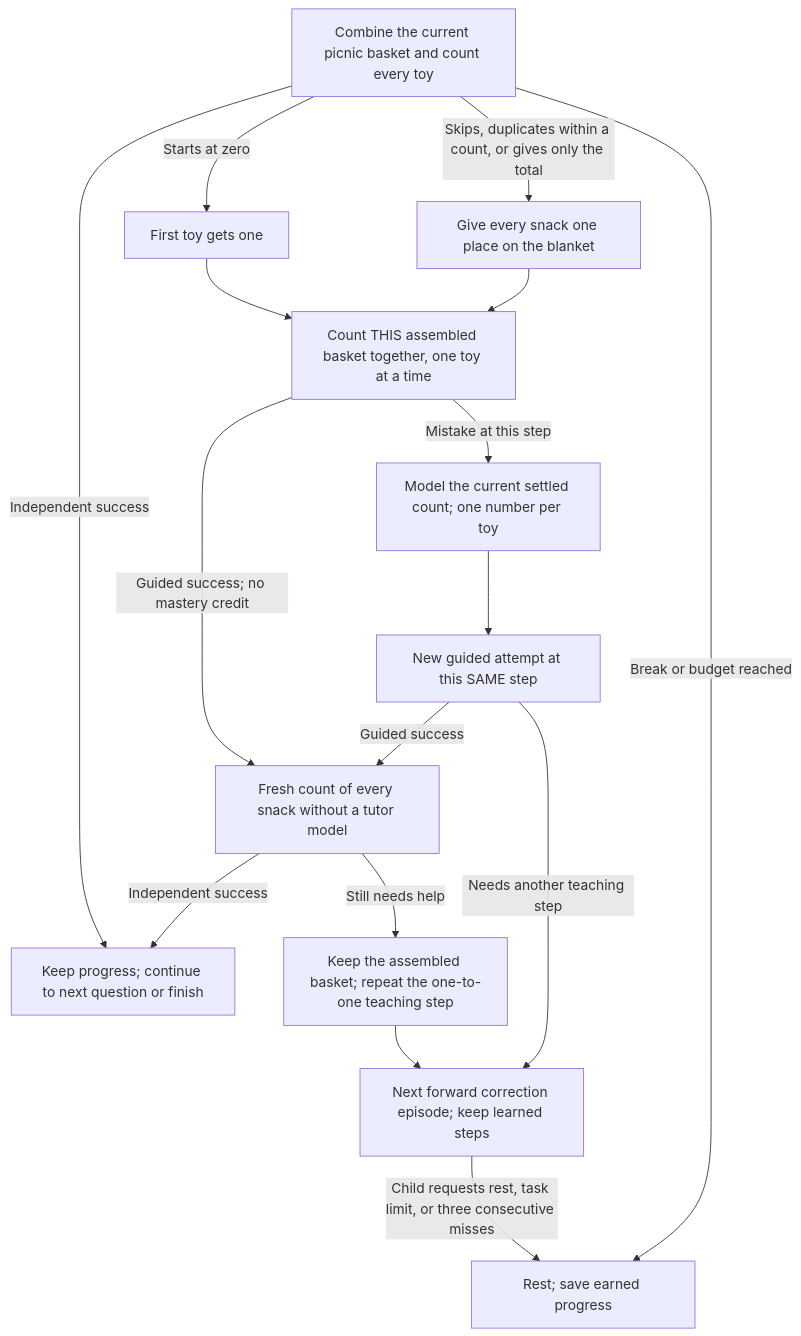
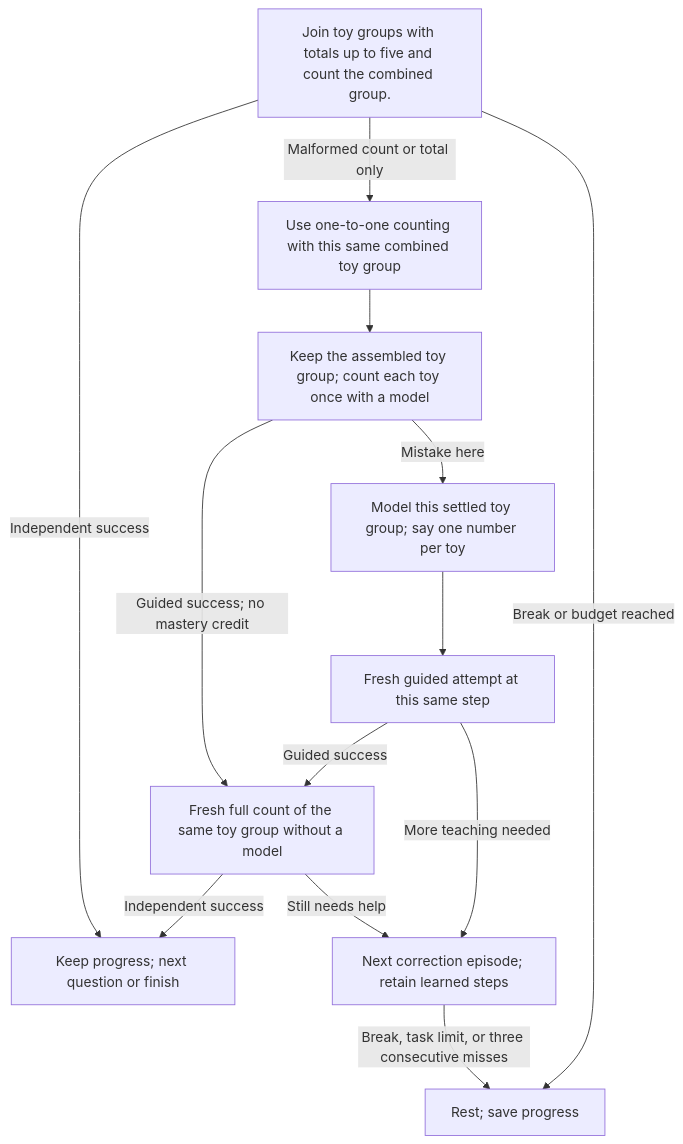
Before and after one commit to sealsbroken/unmath: the first of 2 diagrams in docs/wiki/Lesson-2-Add-up-to-five.md, drawn with Mermaid. The commit also changed other lines of this file and 33 other files, not shown here.

````diff
--- a/docs/wiki/Lesson-2-Add-up-to-five.md
+++ b/docs/wiki/Lesson-2-Add-up-to-five.md
@@ -48,18 +30,15 @@
 ```mermaid
 flowchart TD
-    Choose["Combine the current picnic basket and count every toy"] -->|"Independent success"| Done["Keep progress; continue to next question or finish"]
-    Choose -->|"Starts at zero"| E0["First toy gets one"]
+    Start["Join toy groups with totals up to five and count the combined group."] -->|"Independent success"| Done["Keep progress; next question or finish"]
+    Start -->|"Malformed count or total only"| E0["Use one-to-one counting with this same combined toy group"]
     E0 --> S0
-    Choose -->|"Skips, duplicates within a count, or gives only the total"| E1["Give every snack one place on the blanket"]
-    E1 --> S0
-    S0["Count THIS assembled basket together, one toy at a time"] -->|"Guided success; no mastery credit"| Follow
-    S0 -->|"Mistake at this step"| H0["Model the current settled count; one number per toy"]
-    H0 --> R0["New guided attempt at this SAME step"]
+    S0["Keep the assembled toy group; count each toy once with a model"] -->|"Guided success; no mastery credit"| Follow
+    S0 -->|"Mistake here"| H0["Model this settled toy group; say one number per toy"]
+    H0 --> R0["Fresh guided attempt at this same step"]
     R0 -->|"Guided success"| Follow
-    R0 -->|"Needs another teaching step"| Continue["Next forward correction episode; keep learned steps"]
-    Follow["Fresh count of every snack without a tutor model"] -->|"Independent success"| Done
-    Follow -->|"Still needs help"| Focus["Keep the assembled basket; repeat the one-to-one teaching step"]
-    Focus --> Continue
-    Choose -->|"Break or budget reached"| Rest["Rest; save earned progress"]
-    Continue -->|"Child requests rest, task limit, or three consecutive misses"| Rest
+    R0 -->|"More teaching needed"| Continue["Next correction episode; retain learned steps"]
+    Follow["Fresh full count of the same toy group without a model"] -->|"Independent success"| Done
+    Follow -->|"Still needs help"| Continue
+    Start -->|"Break or budget reached"| Rest["Rest; save progress"]
+    Continue -->|"Break, task limit, or three consecutive misses"| Rest
 ```
````
